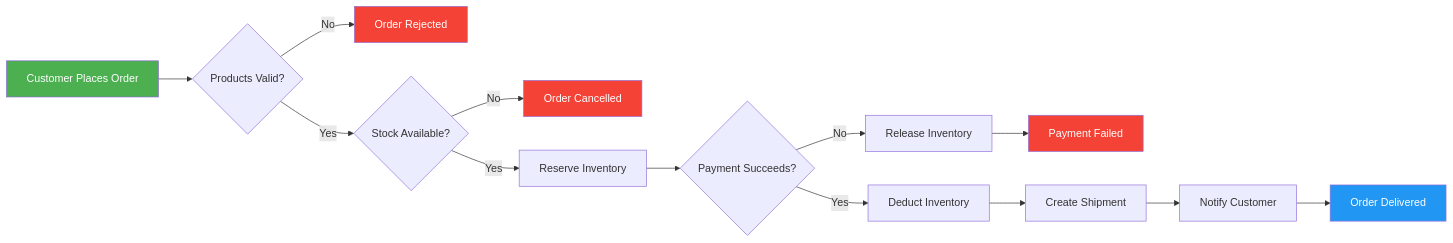
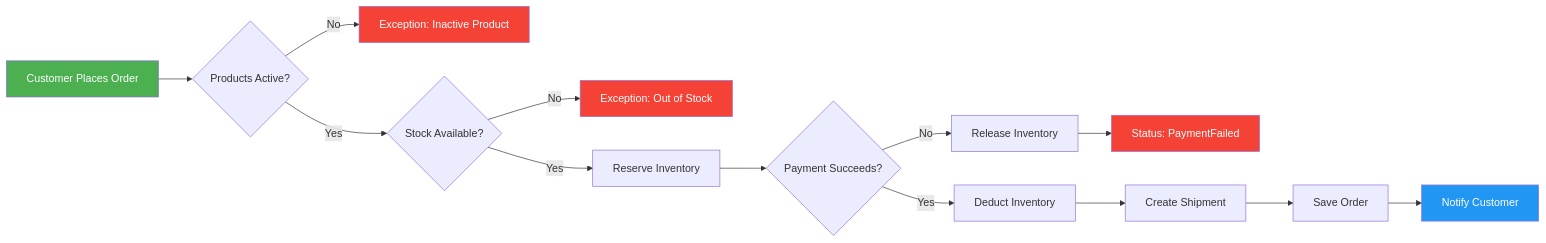
Before and after one commit to GziXnine/Order_Management_System: the fourth of 6 diagrams in README.md, drawn with Mermaid. The commit also changed other lines of this file and 3 other files, not shown here.

````diff
--- a/README.md
+++ b/README.md
@@ -274,26 +330,26 @@
 ```mermaid
 graph LR
-    A[Customer Places Order] --> B{Products Valid?}
-    
-    B -->|No| R[Order Rejected]
+    A[Customer Places Order] --> B{Products Active?}
+
+    B -->|No| R[Exception: Inactive Product]
     B -->|Yes| C{Stock Available?}
-    
-    C -->|No| X1[Order Cancelled]
+
+    C -->|No| X1[Exception: Out of Stock]
     C -->|Yes| D[Reserve Inventory]
-    
+
     D --> E{Payment Succeeds?}
-    
+
     E -->|No| F[Release Inventory]
-    F --> X2[Payment Failed]
-    
+    F --> X2[Status: PaymentFailed]
+
     E -->|Yes| G[Deduct Inventory]
     G --> H[Create Shipment]
-    H --> I[Notify Customer]
-    I --> J[Order Delivered]
+    H --> I[Save Order]
+    I --> J[Notify Customer]
 
     style A fill:#4CAF50,color:#fff
     style R fill:#f44336,color:#fff
     style X1 fill:#f44336,color:#fff
     style X2 fill:#f44336,color:#fff
     style J fill:#2196F3,color:#fff
 ```
````
